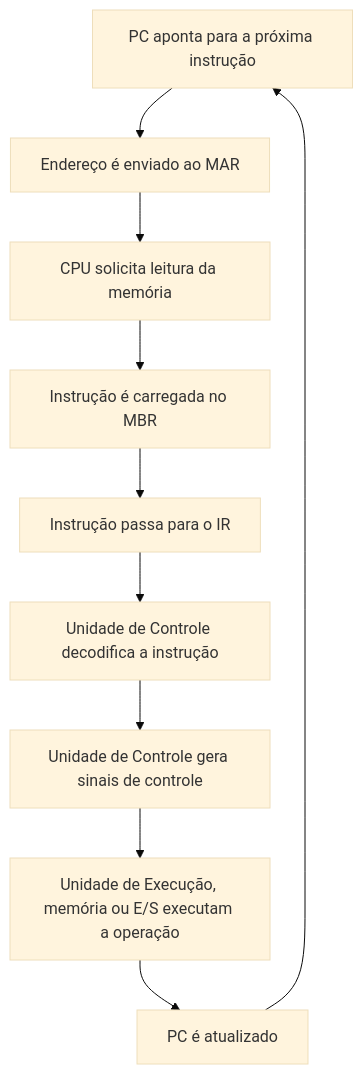
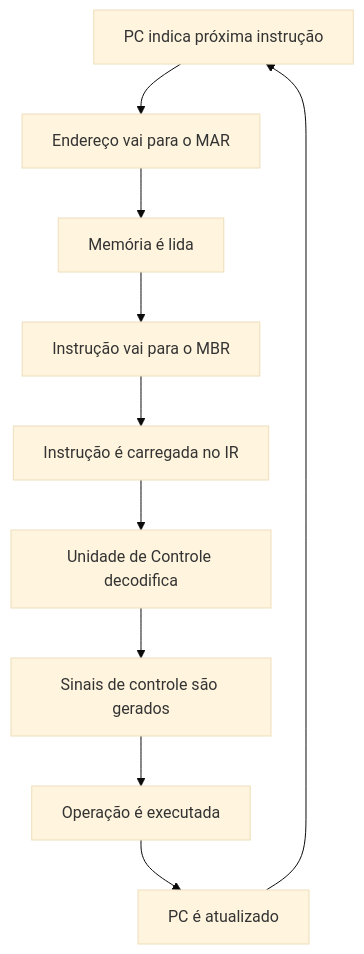
The seventh of 9 diagrams in content/MOD 2/SISCOMP/02 Unidades/Unidade 1/Leitura 1.2/Resumos/SISCOMP-1.2-Resumo.md (matheus046z/CompSci-UCB), drawn with Mermaid (base theme) before and after one commit. The commit also changed other lines of this file, not shown here.

````diff
--- a/content/MOD 2/SISCOMP/02 Unidades/Unidade 1/Leitura 1.2/Resumos/SISCOMP-1.2-Resumo.md
+++ b/content/MOD 2/SISCOMP/02 Unidades/Unidade 1/Leitura 1.2/Resumos/SISCOMP-1.2-Resumo.md
@@ -379,14 +289,14 @@
 ```mermaid
 flowchart TD
-    A[PC aponta para a próxima instrução]
-    B[Endereço é enviado ao MAR]
-    C[CPU solicita leitura da memória]
-    D[Instrução é carregada no MBR]
-    E[Instrução passa para o IR]
-    F[Unidade de Controle decodifica a instrução]
-    G[Unidade de Controle gera sinais de controle]
-    H[Unidade de Execução, memória ou E/S executam a operação]
+    A[PC indica próxima instrução]
+    B[Endereço vai para o MAR]
+    C[Memória é lida]
+    D[Instrução vai para o MBR]
+    E[Instrução é carregada no IR]
+    F[Unidade de Controle decodifica]
+    G[Sinais de controle são gerados]
+    H[Operação é executada]
     I[PC é atualizado]
 
     A --> B --> C --> D --> E --> F --> G --> H --> I --> A
 ```
````
